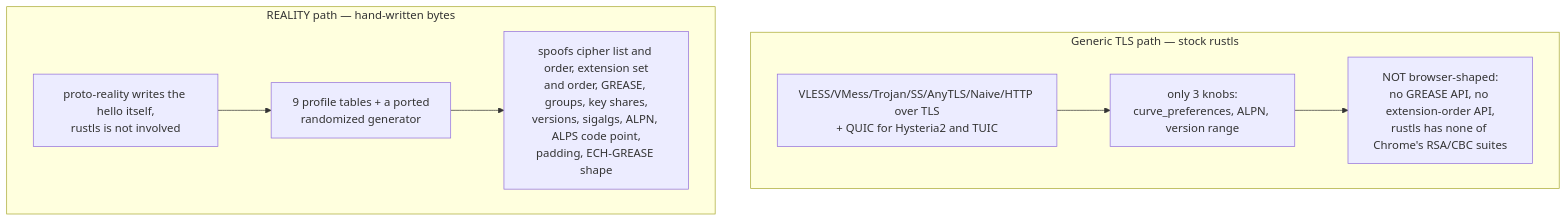
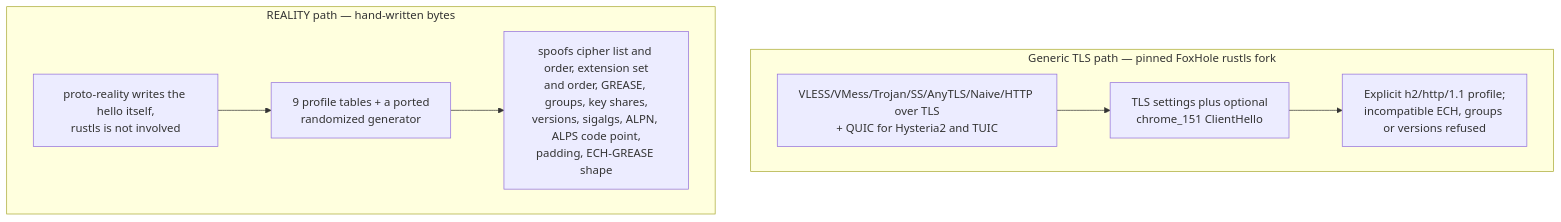
The fourth of 5 diagrams in docs/architecture/02-cryptography.md (foxhole-team/foxhole-core), drawn with Mermaid before and after one commit. The commit also changed other lines of this file and 1788 other files, not shown here.

Commit message:
Release FoxHole Core 1.0.0

````diff
--- a/docs/architecture/02-cryptography.md
+++ b/docs/architecture/02-cryptography.md
@@ -184,13 +173,13 @@
 ```mermaid
 flowchart TD
-    subgraph A["Generic TLS path — stock rustls"]
+    subgraph A["Generic TLS path — pinned FoxHole rustls fork"]
         A1["VLESS/VMess/Trojan/SS/AnyTLS/Naive/HTTP over TLS<br/>+ QUIC for Hysteria2 and TUIC"]
-        A1 --> A2["only 3 knobs:<br/>curve_preferences, ALPN, version range"]
-        A2 --> A3["NOT browser-shaped:<br/>no GREASE API, no extension-order API,<br/>rustls has none of Chrome's RSA/CBC suites"]
+        A1 --> A2["TLS settings plus optional<br/>chrome_151 ClientHello"]
+        A2 --> A3["Explicit h2/http/1.1 profile;<br/>incompatible ECH, groups or versions refused"]
     end
     subgraph B["REALITY path — hand-written bytes"]
         B1["proto-reality writes the hello itself,<br/>rustls is not involved"]
         B1 --> B2["9 profile tables + a ported<br/>randomized generator"]
         B2 --> B3["spoofs cipher list and order, extension set<br/>and order, GREASE, groups, key shares,<br/>versions, sigalgs, ALPN, ALPS code point,<br/>padding, ECH-GREASE shape"]
     end
 ```
````
